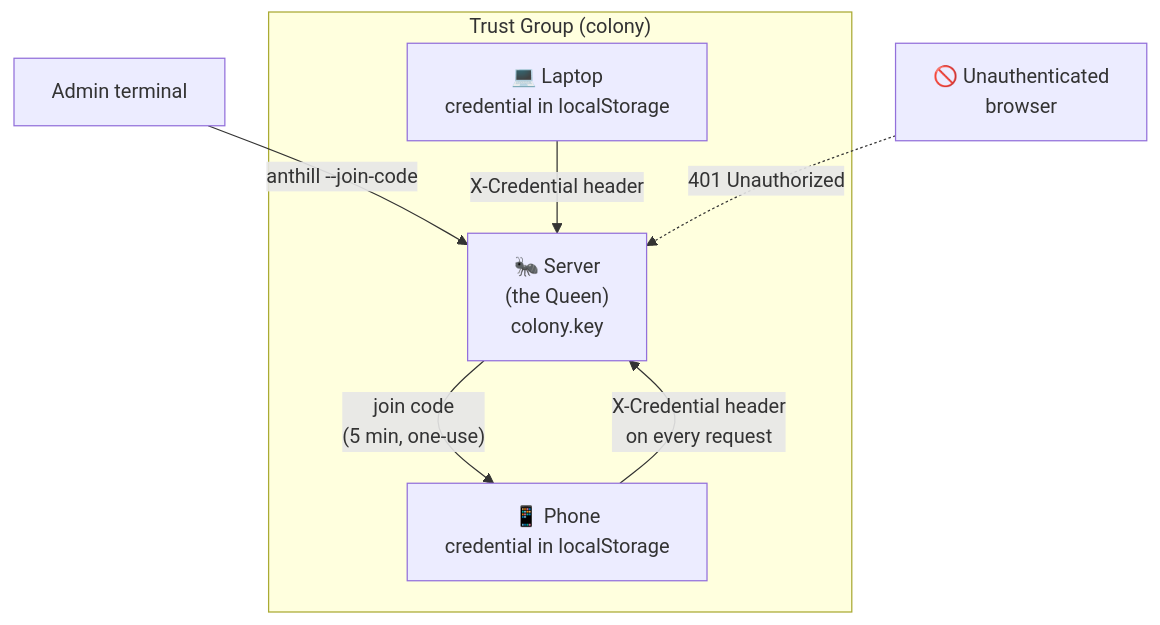
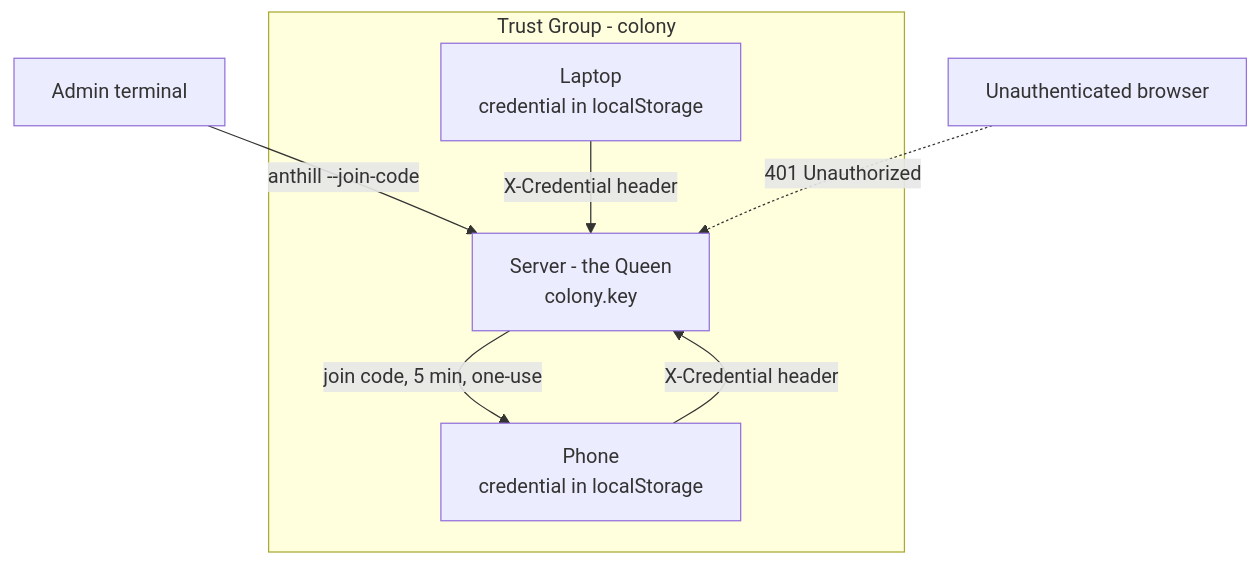
Before and after one commit to reality2-ai/anthill: the diagram in docs/security.md, drawn with Mermaid. The commit also changed 2 other files, not shown here.

Commit message:
fix: simplify mermaid diagrams — remove emojis and br tags
GitHub's mermaid renderer can choke on special characters in node
labels. Simplified all diagrams to plain text labels.

````diff
--- a/docs/security.md
+++ b/docs/security.md
@@ -7,15 +7,15 @@
 ```mermaid
 graph TD
-    subgraph TG["Trust Group (colony)"]
-        Queen["🐜 Server<br/>(the Queen)<br/>colony.key"]
-        D1["📱 Phone<br/>credential in localStorage"]
-        D2["💻 Laptop<br/>credential in localStorage"]
+    subgraph TG[Trust Group - colony]
+        Queen[Server - the Queen<br/>colony.key]
+        D1[Phone<br/>credential in localStorage]
+        D2[Laptop<br/>credential in localStorage]
     end
 
-    Admin["Admin terminal"] -- "anthill --join-code" --> Queen
-    Queen -- "join code<br/>(5 min, one-use)" --> D1
-    D1 -- "X-Credential header<br/>on every request" --> Queen
-    D2 -- "X-Credential header" --> Queen
+    Admin[Admin terminal] -->|anthill --join-code| Queen
+    Queen -->|join code, 5 min, one-use| D1
+    D1 -->|X-Credential header| Queen
+    D2 -->|X-Credential header| Queen
 
-    Outside["🚫 Unauthenticated<br/>browser"] -. "401 Unauthorized" .-> Queen
+    Outside[Unauthenticated browser] -.->|401 Unauthorized| Queen
 ```
````
